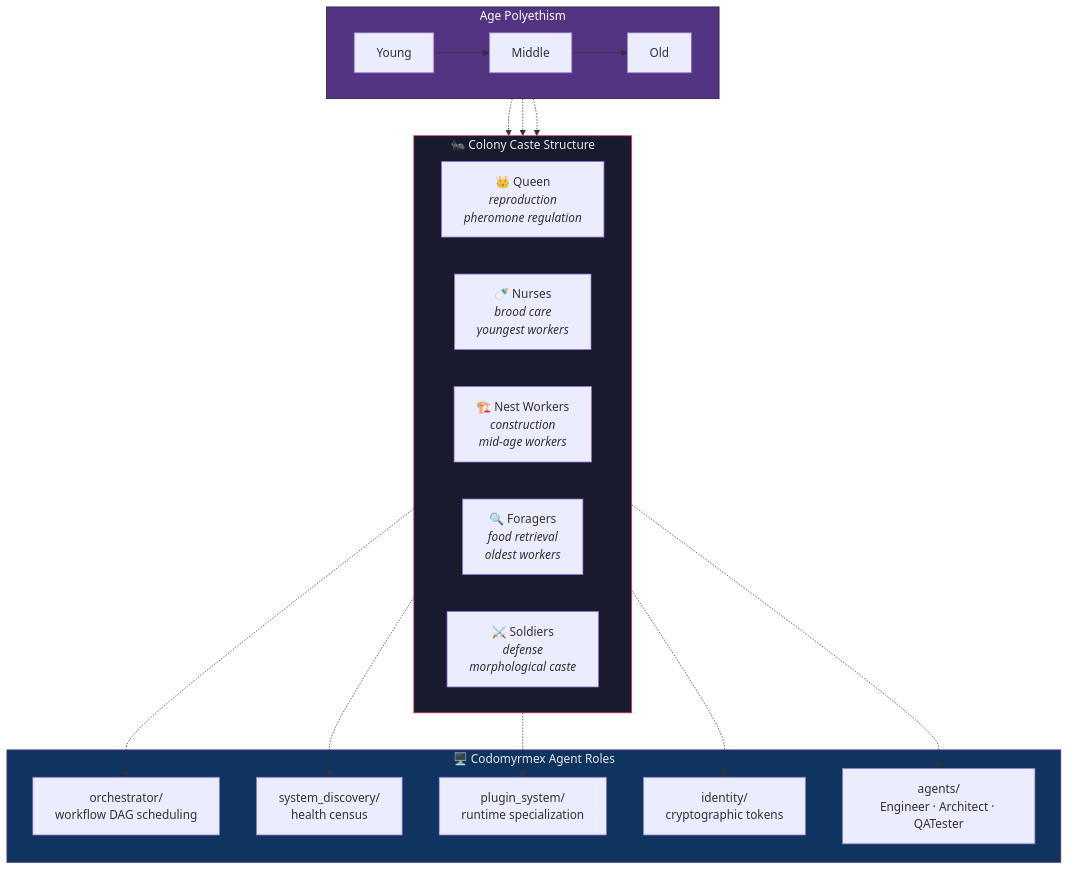
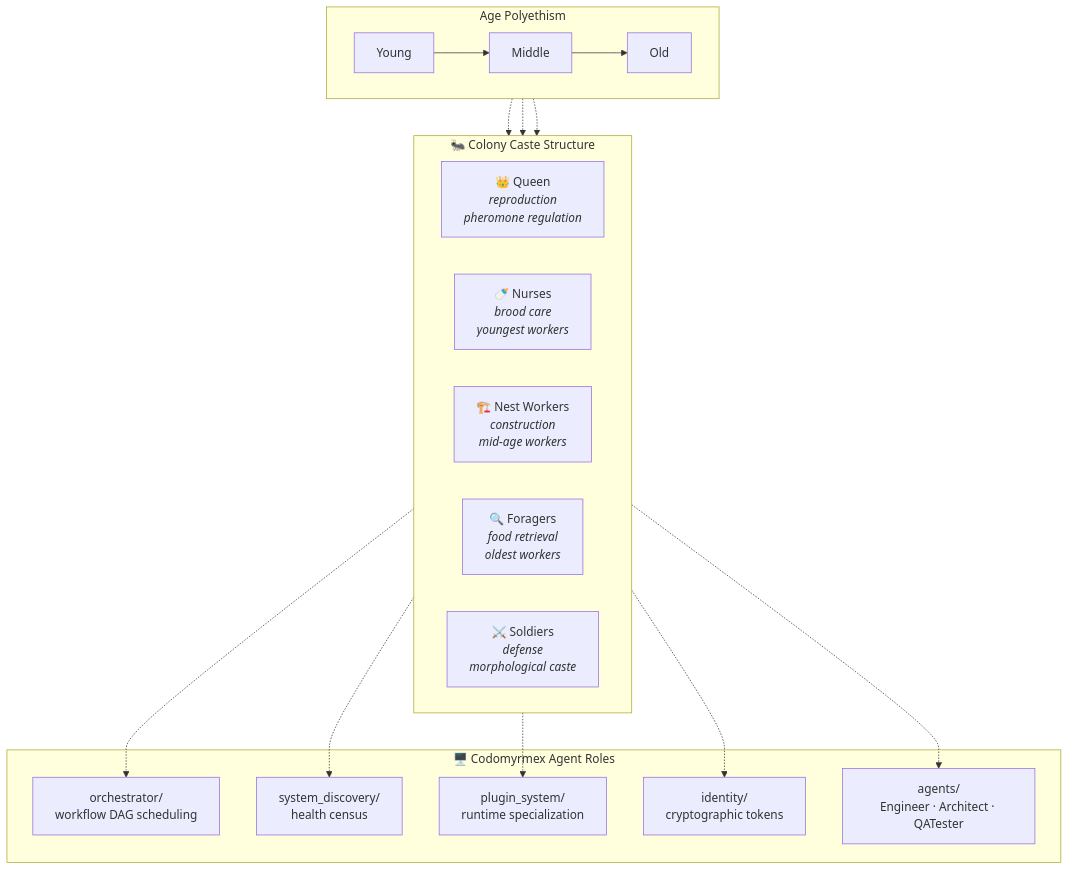
The diagram in docs/bio/eusociality.md (docxology/codomyrmex), drawn with Mermaid before and after one commit. The commit also changed 86 other files, not shown here.

````diff
--- a/docs/bio/eusociality.md
+++ b/docs/bio/eusociality.md
@@ -25,38 +25,34 @@
 ```mermaid
 graph TB
     subgraph COLONY["🐜 Colony Caste Structure"]
         direction LR
         QUEEN["👑 Queen<br/><i>reproduction<br/>pheromone regulation</i>"]
         NURSE["🍼 Nurses<br/><i>brood care<br/>youngest workers</i>"]
         MAINTAIN["🏗️ Nest Workers<br/><i>construction<br/>mid-age workers</i>"]
         FORAGE["🔍 Foragers<br/><i>food retrieval<br/>oldest workers</i>"]
         SOLDIER["⚔️ Soldiers<br/><i>defense<br/>morphological caste</i>"]
     end
 
     subgraph AGE["Age Polyethism"]
         direction LR
         YOUNG["Young"] --> MID["Middle"] --> OLD["Old"]
     end
 
     YOUNG -.-> NURSE
     MID -.-> MAINTAIN
     OLD -.-> FORAGE
 
     subgraph CDM["🖥️ Codomyrmex Agent Roles"]
         ORCH_AGENT["orchestrator/<br/>workflow DAG scheduling"]
         MONITOR_AGENT["system_discovery/<br/>health census"]
         PLUGIN_AGENT["plugin_system/<br/>runtime specialization"]
         IDENTITY_AGENT["identity/<br/>cryptographic tokens"]
         AGENT_TYPES["agents/<br/>Engineer · Architect · QATester"]
     end
 
     QUEEN -.-> ORCH_AGENT
     NURSE -.-> MONITOR_AGENT
     MAINTAIN -.-> PLUGIN_AGENT
     SOLDIER -.-> IDENTITY_AGENT
     FORAGE -.-> AGENT_TYPES
-
-    style COLONY fill:#1a1a2e,stroke:#e94560,color:#e8e8e8
-    style CDM fill:#0f3460,stroke:#533483,color:#e8e8e8
-    style AGE fill:#533483,stroke:#1a1a2e,color:#fff
 ```
````
